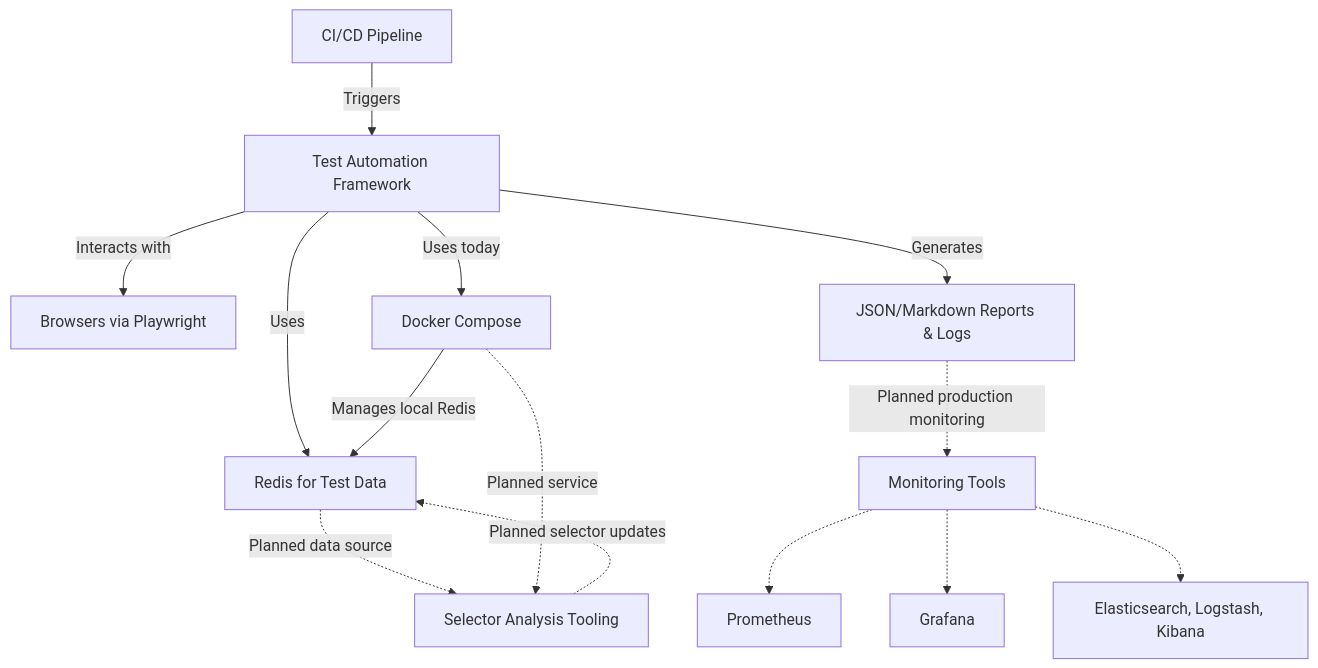
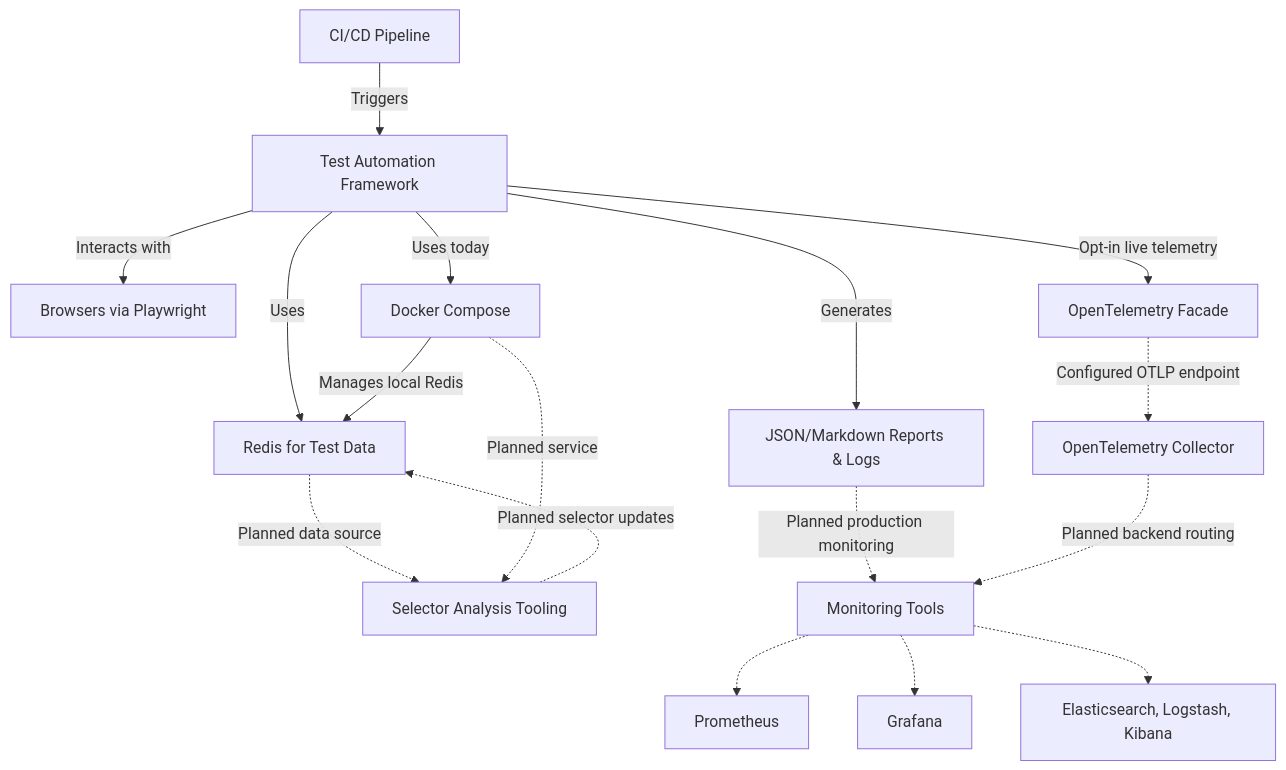
Before and after one commit to jsugg/auroraflow: the first of 4 diagrams in README.md, drawn with Mermaid. The commit also changed other lines of this file, not shown here.

````diff
--- a/README.md
+++ b/README.md
@@ -33,16 +35,19 @@
 ```mermaid
 graph TD;
     CI[CI/CD Pipeline]-->|Triggers|TAF[Test Automation Framework];
     TAF-->|Uses|Redis[Redis for Test Data];
     TAF-->|Interacts with|Browser[Browsers via Playwright];
     Redis-.->|Planned data source|SAT[Selector Analysis Tooling];
     SAT-.->|Planned selector updates|Redis;
     TAF-->|Generates|Reports[JSON/Markdown Reports & Logs];
+    TAF-->|Opt-in live telemetry|Telemetry[OpenTelemetry Facade];
+    Telemetry-.->|Configured OTLP endpoint|Collector[OpenTelemetry Collector];
     Reports-.->|Planned production monitoring|Monitoring[Monitoring Tools];
+    Collector-.->|Planned backend routing|Monitoring;
     Monitoring-.->Prometheus;
     Monitoring-.->Grafana;
     Monitoring-.->ELK[Elasticsearch, Logstash, Kibana];
     TAF-->|Uses today|Docker[Docker Compose];
     Docker-->|Manages local Redis|Redis;
     Docker-.->|Planned service|SAT;
 ```
````
